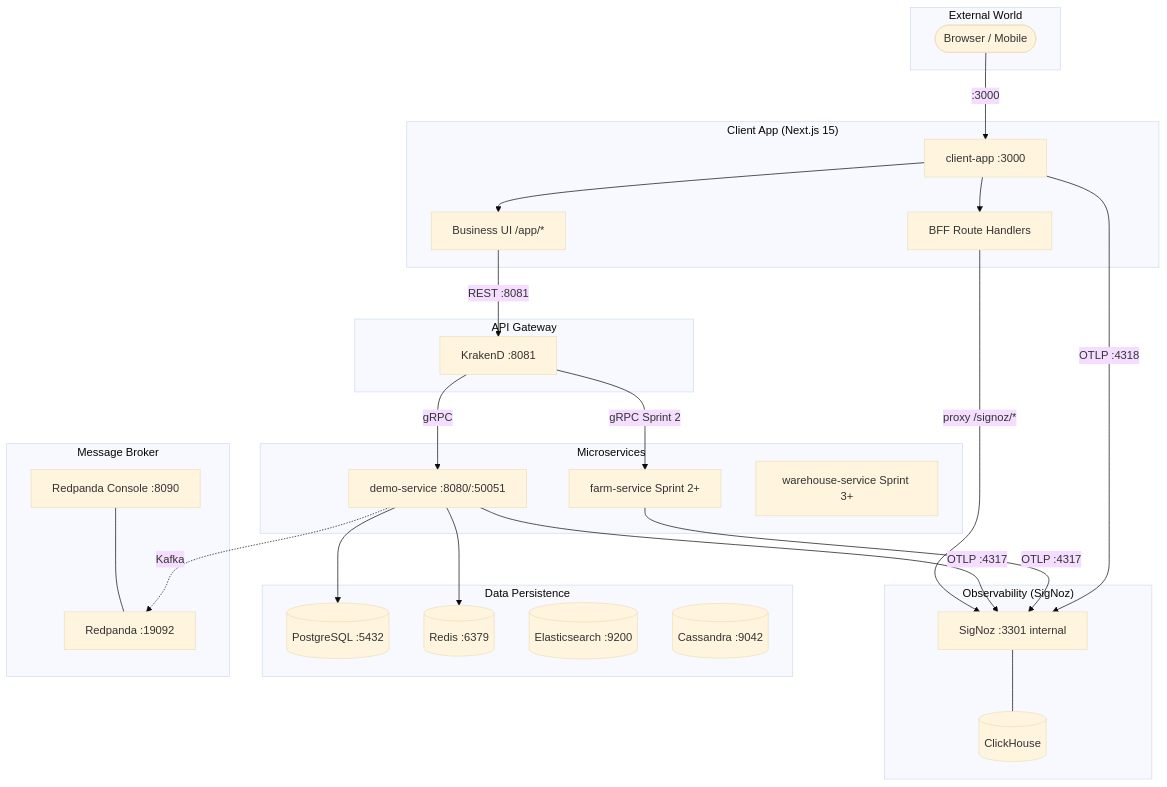
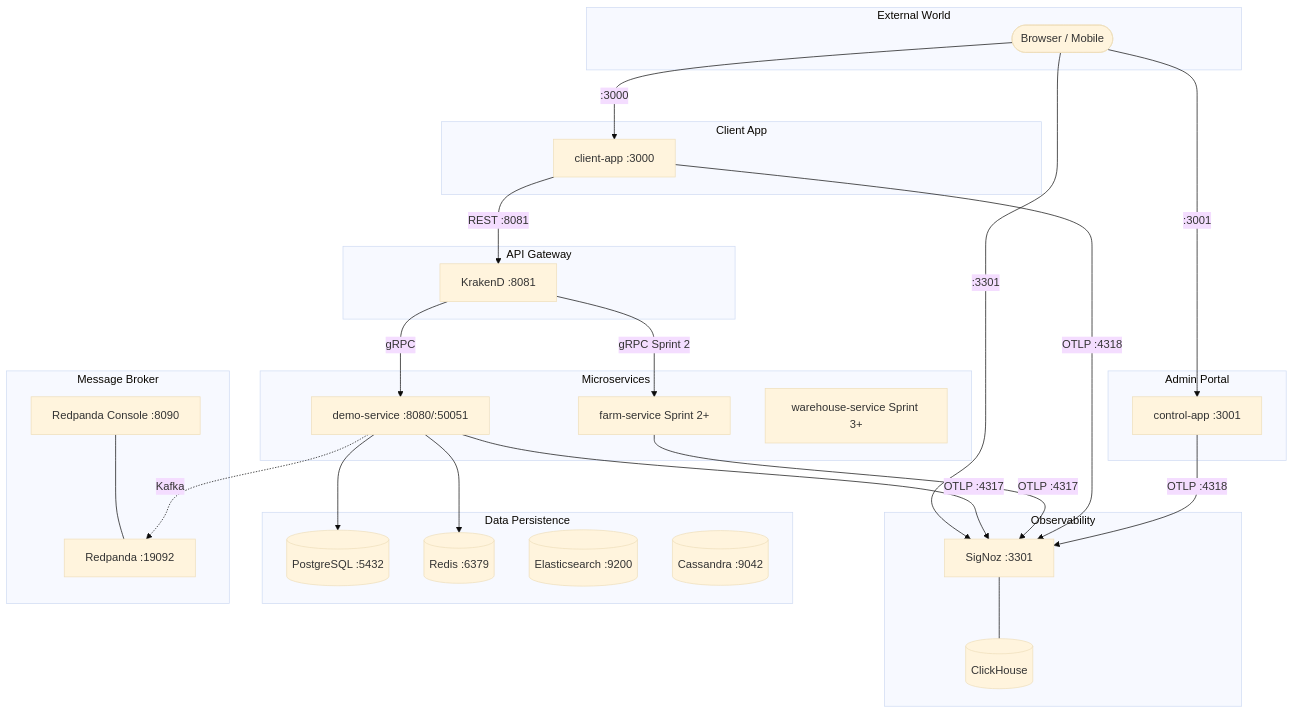
The diagram in docs/architecture/system-blueprint.md (dungxbuif/RuntimeRoasters), drawn with Mermaid (base theme) before and after one commit. The commit also changed other lines of this file and 102 other files, not shown here.

Commit message:
feat(infra): finalize sprint 1 with full tracing and production-ready client-app

````diff
--- a/docs/architecture/system-blueprint.md
+++ b/docs/architecture/system-blueprint.md
@@ -60,55 +43,57 @@
 ```mermaid
 graph TB
     subgraph "External World"
         Browser([Browser / Mobile])
     end
 
-    subgraph "Client App (Next.js 15)"
+    subgraph "Admin Portal"
+        CT[control-app :3001]
+    end
+
+    subgraph "Client App"
         CA[client-app :3000]
-        CA_BFF[BFF Route Handlers]
-        CA_UI[Business UI /app/*]
+    end
+
+    subgraph "Observability"
+        SZ[SigNoz :3301]
+        CH[(ClickHouse)]
+        SZ --- CH
     end
 
     subgraph "API Gateway"
         GW[KrakenD :8081]
     end
 
     subgraph "Microservices"
         DS[demo-service :8080/:50051]
         FS[farm-service Sprint 2+]
         WS[warehouse-service Sprint 3+]
-    end
-
-    subgraph "Observability (SigNoz)"
-        SZ[SigNoz :3301 internal]
-        CH[(ClickHouse)]
-        SZ --- CH
     end
 
     subgraph "Data Persistence"
         PG[(PostgreSQL :5432)]
         RD[(Redis :6379)]
         ES[(Elasticsearch :9200)]
         CS[(Cassandra :9042)]
     end
 
     subgraph "Message Broker"
         RP[Redpanda :19092]
         RPC[Redpanda Console :8090]
         RPC --- RP
     end
 
+    Browser -->|:3001| CT
     Browser -->|:3000| CA
-    CA --> CA_BFF
-    CA --> CA_UI
-    CA_BFF -->|proxy /signoz/*| SZ
-    CA_UI -->|REST :8081| GW
+    Browser -->|:3301| SZ
+    CA -->|REST :8081| GW
     GW -->|gRPC| DS
     GW -->|gRPC Sprint 2| FS
     DS --> PG
     DS --> RD
     DS -.->|Kafka| RP
     DS -->|OTLP :4317| SZ
     FS -->|OTLP :4317| SZ
     CA -->|OTLP :4318| SZ
+    CT -->|OTLP :4318| SZ
 ```
````
